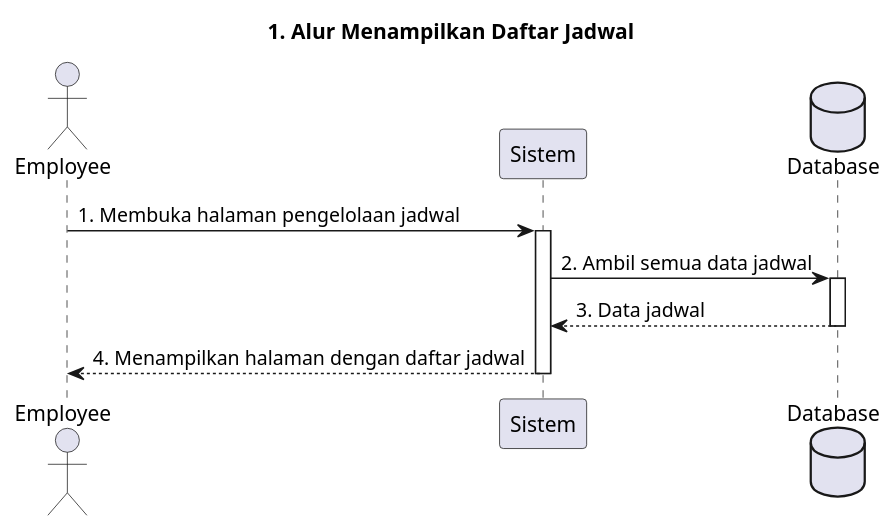
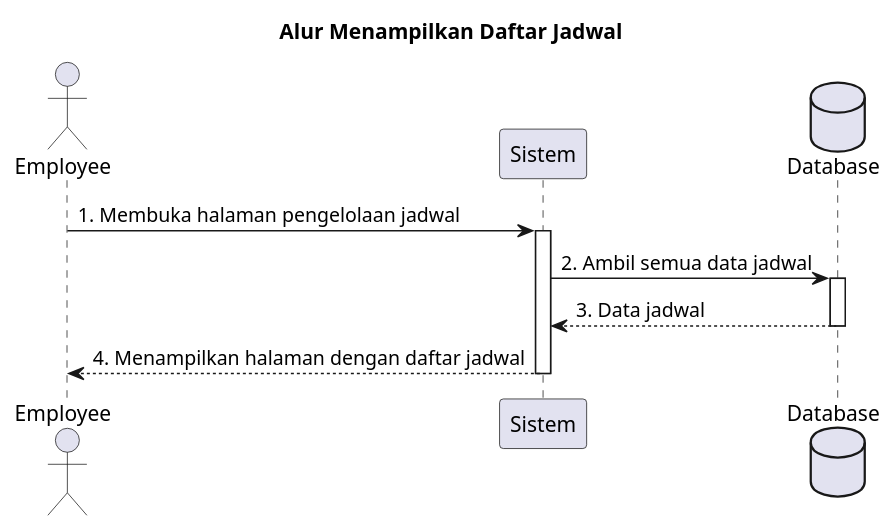
Before and after one commit to myasirnovals/Appl: the diagram in JurnalAPPL/SequenceDiagram/Employee/KelolaJadwal/MenampilkanDaftarJadwal.puml, drawn with PlantUML. The commit also changed 6 other files, not shown here.

```diff
--- a/JurnalAPPL/SequenceDiagram/Employee/KelolaJadwal/MenampilkanDaftarJadwal.puml
+++ b/JurnalAPPL/SequenceDiagram/Employee/KelolaJadwal/MenampilkanDaftarJadwal.puml
@@ -1,16 +1,16 @@
 @startuml
 actor Employee
 participant "Sistem" as System
 database "Database" as DB
 
-title 1. Alur Menampilkan Daftar Jadwal
+title Alur Menampilkan Daftar Jadwal
 
 Employee -> System : 1. Membuka halaman pengelolaan jadwal
 activate System
 System -> DB : 2. Ambil semua data jadwal
 activate DB
 DB --> System : 3. Data jadwal
 deactivate DB
 System --> Employee : 4. Menampilkan halaman dengan daftar jadwal
 deactivate System
 @enduml
```
